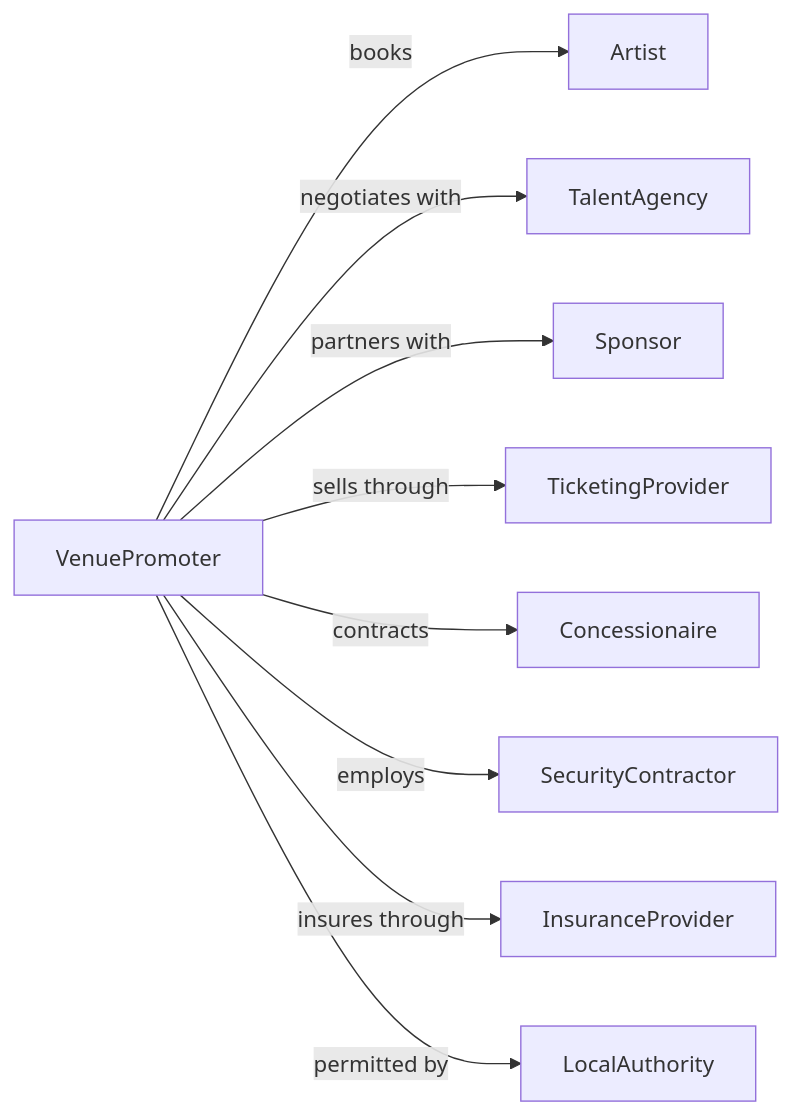
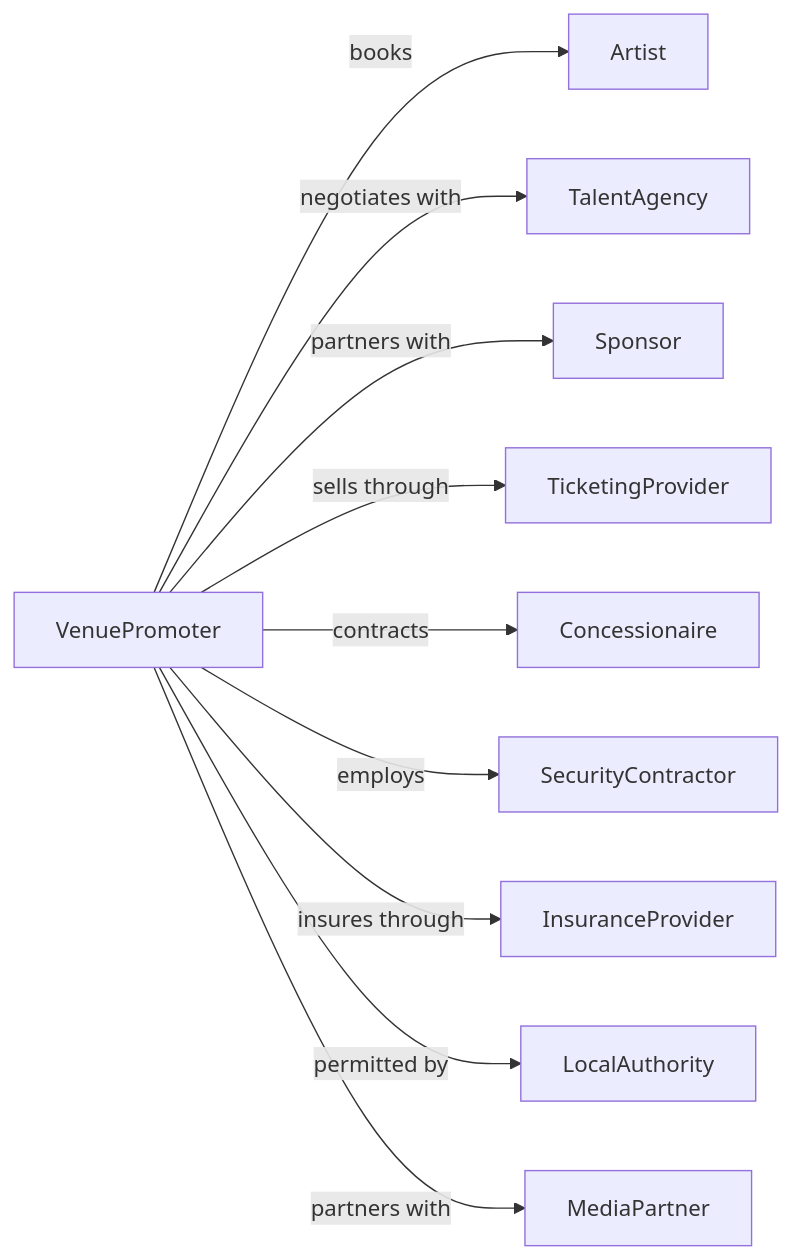
One commit to dot-org-ai/industries.org.ai changed the second of 2 diagrams in Arts/PerformingArtsSpectatorSportsAndRelatedIndustries/PromotersOfPerformingArtsSportsAndSimilarEvents/PromotersOfPerformingArtsSportsAndSimilarEventsWithFacilities.mdx. Above: the diagram before and after it, drawn with Mermaid. The commit also changed 588 other files, not shown here.

````diff
--- a/Arts/PerformingArtsSpectatorSportsAndRelatedIndustries/PromotersOfPerformingArtsSportsAndSimilarEvents/PromotersOfPerformingArtsSportsAndSimilarEventsWithFacilities.mdx
+++ b/Arts/PerformingArtsSpectatorSportsAndRelatedIndustries/PromotersOfPerformingArtsSportsAndSimilarEvents/PromotersOfPerformingArtsSportsAndSimilarEventsWithFacilities.mdx
@@ -127,13 +127,14 @@
 ```mermaid
 graph LR
     V[VenuePromoter]
 
     V -->|books| Artist
     V -->|negotiates with| TalentAgency
     V -->|partners with| Sponsor
     V -->|sells through| TicketingProvider
     V -->|contracts| Concessionaire
     V -->|employs| SecurityContractor
     V -->|insures through| InsuranceProvider
     V -->|permitted by| LocalAuthority
+    V -->|partners with| MediaPartner
 ```
````
